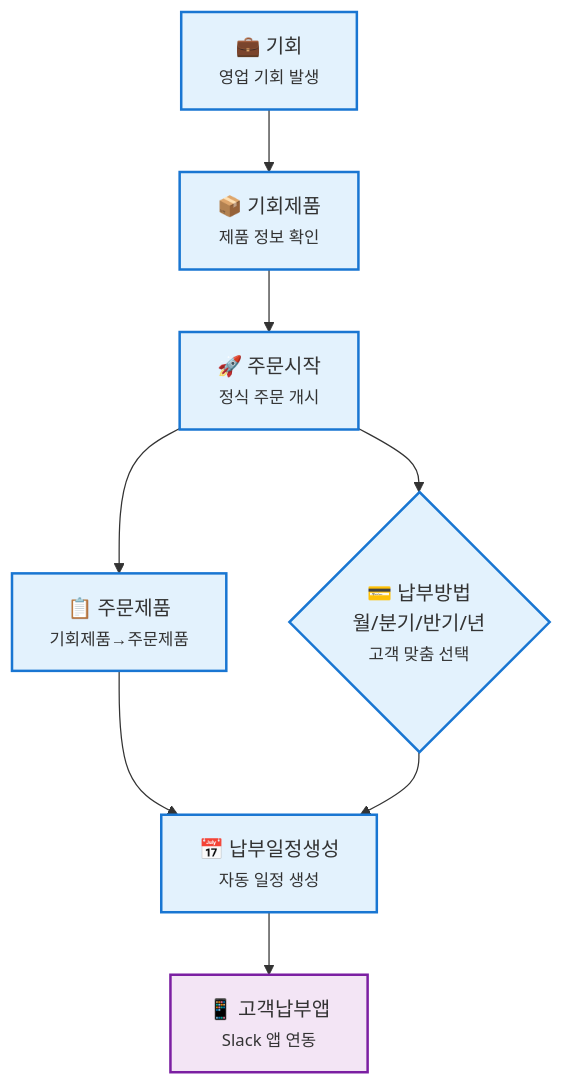
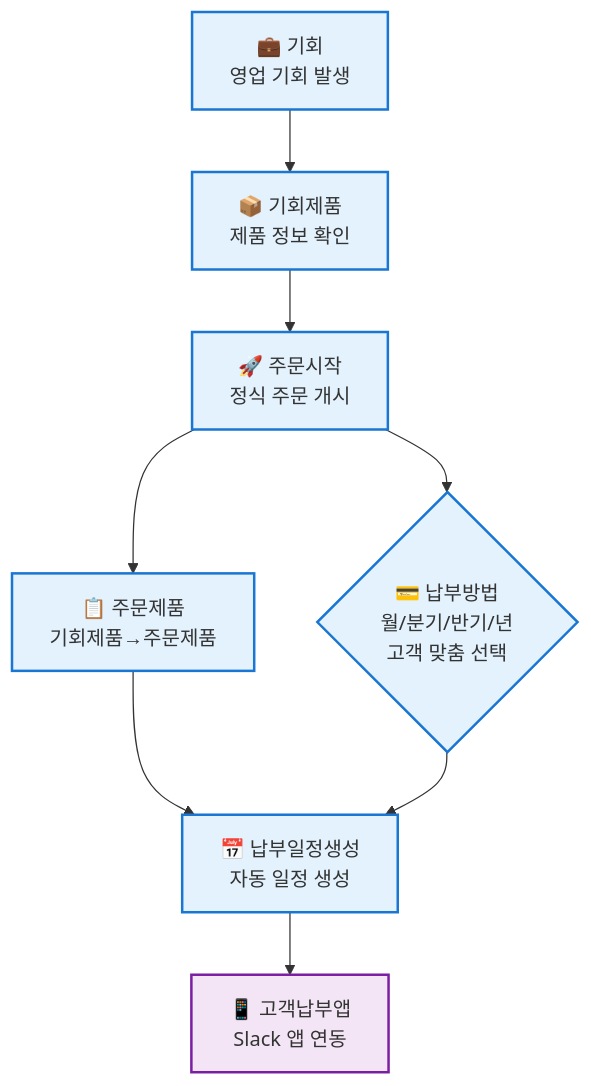
One commit to MoonJH-2/MainOrgProject changed the third of 6 diagrams in README.md. Above: the diagram before and after it, drawn with Mermaid. The commit also changed other lines of this file, not shown here.

First line of the commit message:
fix: Mermaid 플로우차트 텍스트 잘림 현상 완전 해결

````diff
--- a/README.md
+++ b/README.md
@@ -79,23 +79,23 @@
 ```mermaid
 flowchart TD
-    A["💼 기회<br><small>영업 기회 발생 </small>"] --> B["📦 기회제품<br><small>제품 정보 확인 </small>"]
-    B --> C["🚀 주문시작<br><small>정식 주문 개시 </small>"]
-    C --> D["📋 주문제품<br><small>기회제품→주문제품 </small>"]
-    C --> E{"💳 납부방법<br>월/분기/반기/년<br><small>고객 맞춤 선택</small>"}
+    A["💼 기회<br>영업 기회 발생"] --> B["📦 기회제품<br>제품 정보 확인"]
+    B --> C["🚀 주문시작<br>정식 주문 개시"]
+    C --> D["📋 주문제품<br>기회제품→주문제품"]
+    C --> E{"💳 납부방법<br>월/분기/반기/년<br>고객 맞춤 선택"}
     
-    D --> F["📅 납부일정생성<br><small>자동 일정 생성</small>"]
+    D --> F["📅 납부일정생성<br>자동 일정 생성"]
     E --> F
-    F --> G["📱 고객납부앱<br><small>Slack 앱 연동</small>"]
+    F --> G["📱 고객납부앱<br>Slack 앱 연동"]
     
     %% 스타일 정의
     A:::main
     B:::main
     C:::main
     D:::main
     E:::main
     F:::main
     G:::customer
     
     classDef main fill:#e3f2fd,stroke:#1976d2,stroke-width:2px
     classDef customer fill:#f3e5f5,stroke:#7b1fa2,stroke-width:2px
 ```
````
